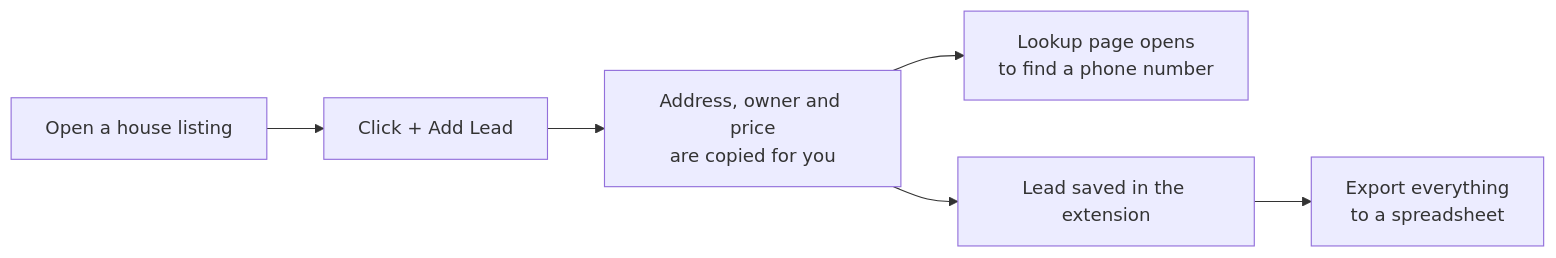
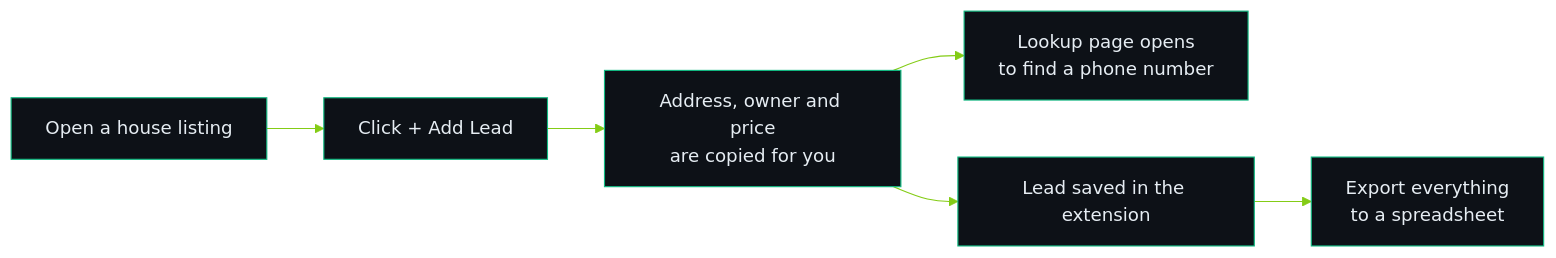
The first of 2 diagrams in README.md (F0rger123/lead-scraper-extension), drawn with Mermaid before and after one commit.

Commit message:
docs: refresh README (colored diagrams, current visibility and description) [skip ci]

````diff
--- a/README.md
+++ b/README.md
@@ -36,8 +36,9 @@
 ```mermaid
+%%{init: {'theme':'base','themeVariables':{'primaryColor':'#0d1117','primaryTextColor':'#e6edf3','primaryBorderColor':'#10b981','lineColor':'#84cc16','secondaryColor':'#161b22','tertiaryColor':'#0d1117','clusterBkg':'transparent','clusterBorder':'#10b981','noteBkgColor':'#161b22','noteTextColor':'#e6edf3','actorBkg':'#0d1117','actorTextColor':'#e6edf3','actorBorder':'#10b981','signalColor':'#84cc16','signalTextColor':'#84cc16','labelBoxBkgColor':'#0d1117','fontFamily':'inherit'}}}%%
 flowchart LR
     A["Open a house listing"] --> B["Click + Add Lead"]
     B --> C["Address, owner and price<br/>are copied for you"]
     C --> D["Lookup page opens<br/>to find a phone number"]
     C --> E["Lead saved in the extension"]
     E --> F["Export everything<br/>to a spreadsheet"]
 ```
````
